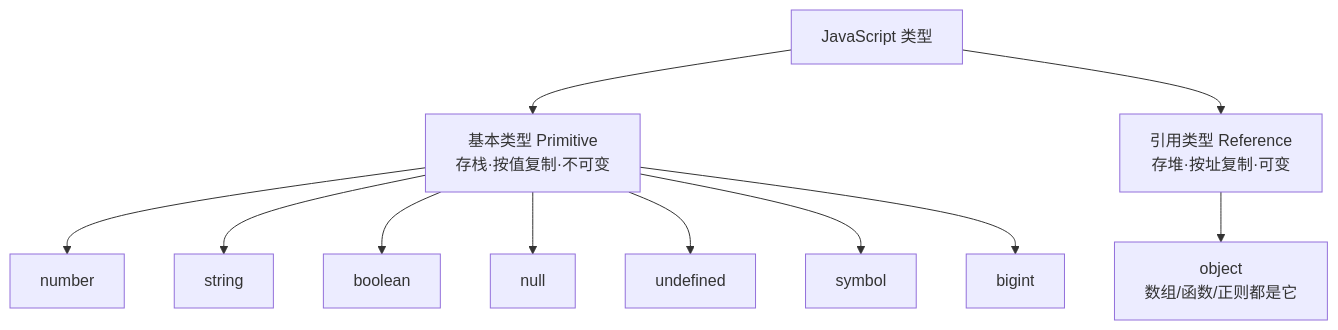
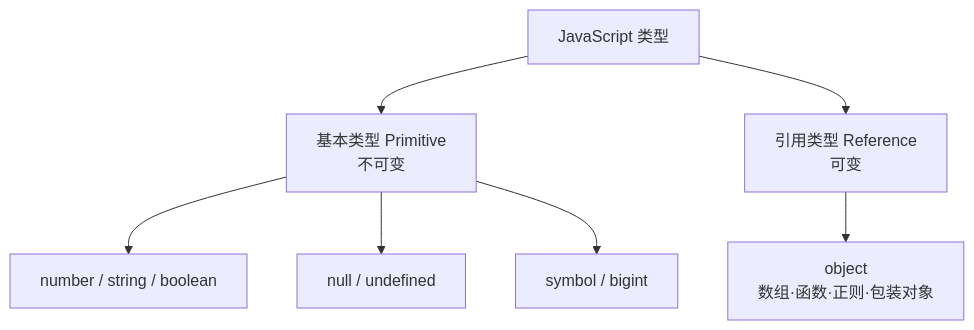
Before and after one commit to inspire-man/frontend-knowledge-base: the first of 2 diagrams in frontend-knowledge-base/卷一-JavaScript语言内核/1.1-语言基础与类型系统.md, drawn with Mermaid. The commit also changed other lines of this file, not shown here.

````diff
--- a/frontend-knowledge-base/卷一-JavaScript语言内核/1.1-语言基础与类型系统.md
+++ b/frontend-knowledge-base/卷一-JavaScript语言内核/1.1-语言基础与类型系统.md
@@ -16,13 +16,9 @@
 ```mermaid
 flowchart TD
-    A[JavaScript 类型] --> B[基本类型 Primitive<br/>存栈·按值复制·不可变]
-    A --> C[引用类型 Reference<br/>存堆·按址复制·可变]
-    B --> B1[number]
-    B --> B2[string]
-    B --> B3[boolean]
-    B --> B4[null]
-    B --> B5[undefined]
-    B --> B6[symbol]
-    B --> B7[bigint]
-    C --> C1[object<br/>数组/函数/正则都是它]
+    A[JavaScript 类型] --> B[基本类型 Primitive<br/>不可变]
+    A --> C[引用类型 Reference<br/>可变]
+    B --> B1[number / string / boolean]
+    B --> B2[null / undefined]
+    B --> B3[symbol / bigint]
+    C --> C1[object<br/>数组·函数·正则·包装对象]
 ```
````
